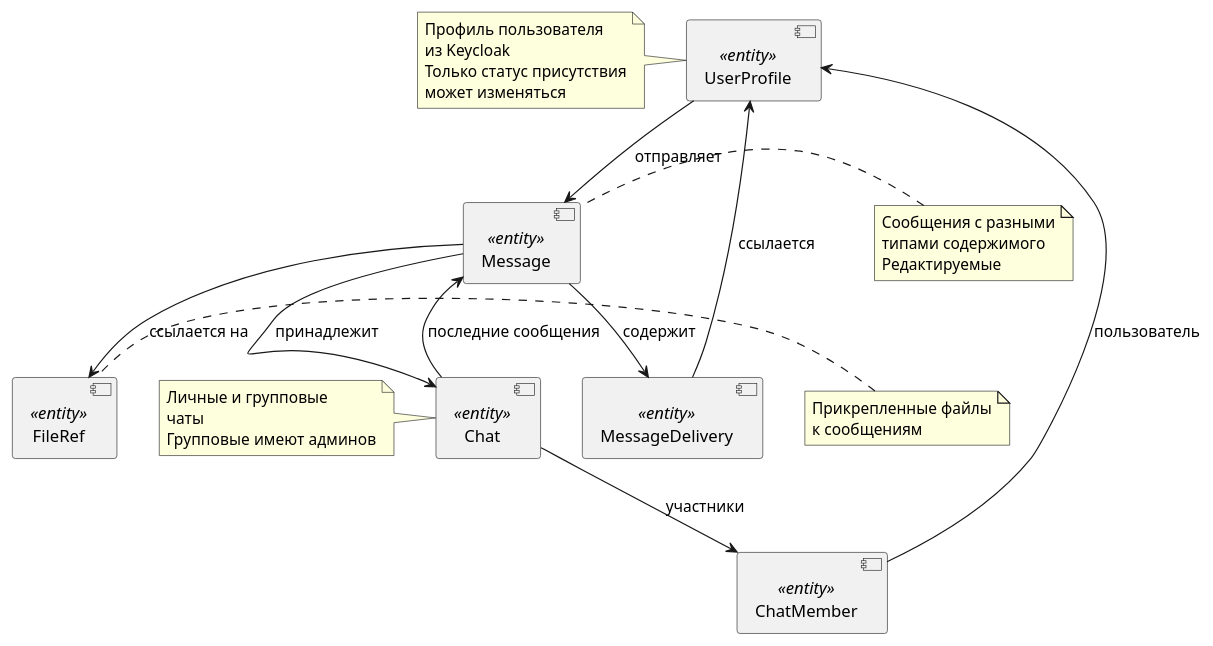
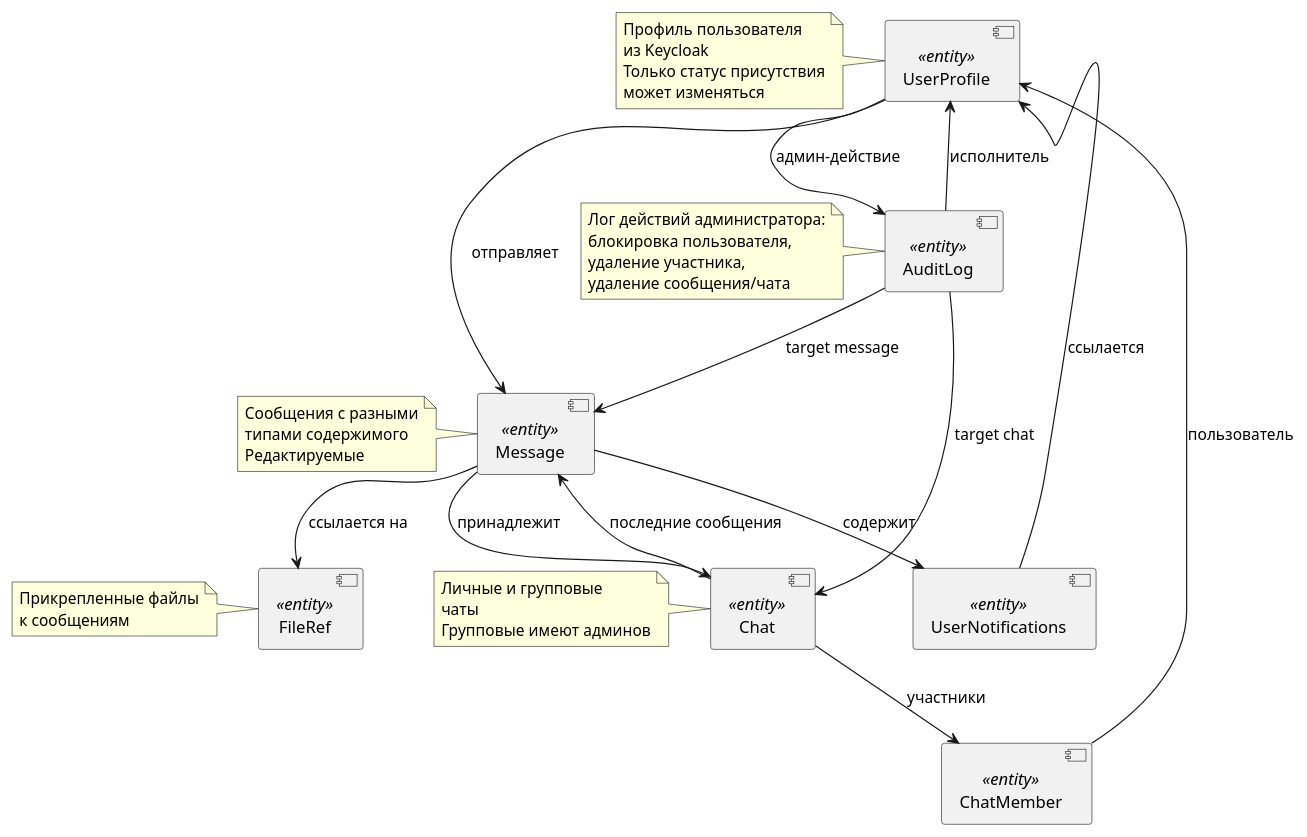
Before and after one commit to dmordvinov/otus-system-design-homework: the diagram in diagrams/model.puml, drawn with PlantUML. The commit also changed 15 other files, not shown here.

```diff
--- a/diagrams/model.puml
+++ b/diagrams/model.puml
@@ -1,60 +1,72 @@
 @startuml
 
 hide empty members
 
 skinparam component {
     BackgroundColor<<service>> LightBlue
     BorderColor<<service>> DarkBlue
     ArrowColor<<service>> DarkBlue
 }
 
 skinparam rectangle {
     BackgroundColor<<entity>> LightGreen
     BorderColor<<entity>> DarkGreen
     ArrowColor<<entity>> DarkGreen
 }
 
     [UserProfile] <<entity>>
     [Chat] <<entity>>
     [Message] <<entity>>
-    [MessageDelivery] <<entity>>
+    [UserNotifications] <<entity>>
     [FileRef] <<entity>>
     [ChatMember] <<entity>>
+    [AuditLog] <<entity>>
 
 
 UserProfile --> Message : отправляет
 Message --> Chat : принадлежит
 Chat --> ChatMember : участники
 ChatMember --> UserProfile : пользователь
 Message --> FileRef : ссылается на
-Message --> MessageDelivery: содержит
-MessageDelivery --> UserProfile: ссылается
+Message --> UserNotifications: содержит
+UserNotifications --> UserProfile: ссылается
 Chat --> Message : последние сообщения
+UserProfile --> AuditLog : админ-действие
+AuditLog --> UserProfile : исполнитель
+AuditLog --> Chat : target chat
+AuditLog --> Message : target message
 
 
 note left of [UserProfile]
   Профиль пользователя
   из Keycloak
   Только статус присутствия
   может изменяться
 end note
 
 note left of [Message]
   Сообщения с разными
   типами содержимого
   Редактируемые
 end note
 
 note left of [Chat]
   Личные и групповые
   чаты
   Групповые имеют админов
 end note
 
 note left of [FileRef]
   Прикрепленные файлы
   к сообщениям
 end note
 
+note left of [AuditLog]
+  Лог действий администратора:
+  блокировка пользователя,
+  удаление участника,
+  удаление сообщения/чата
+end note
+
 
 @enduml
```
